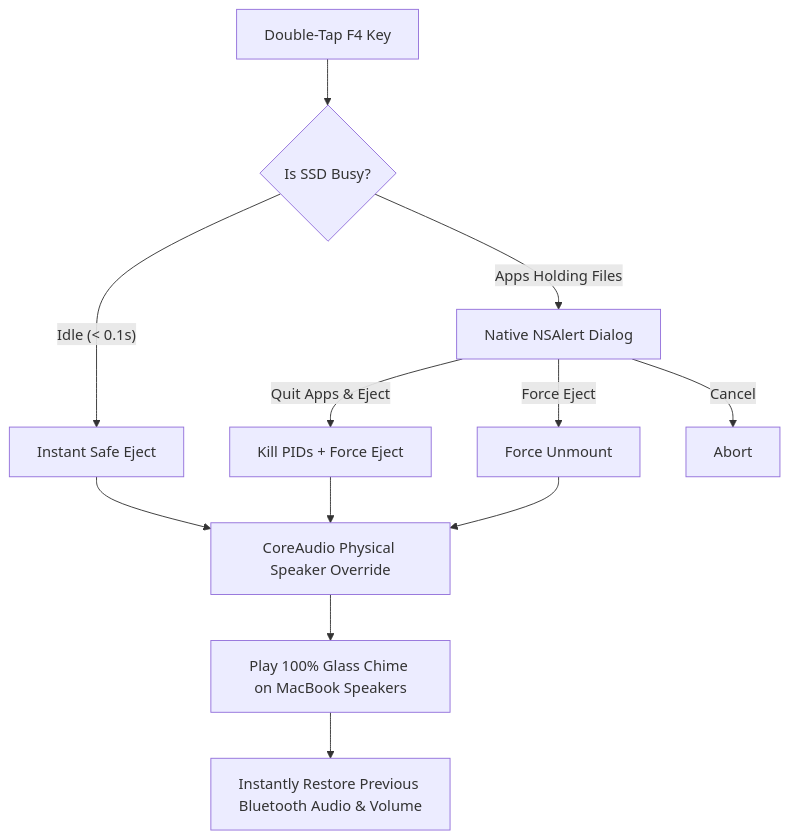
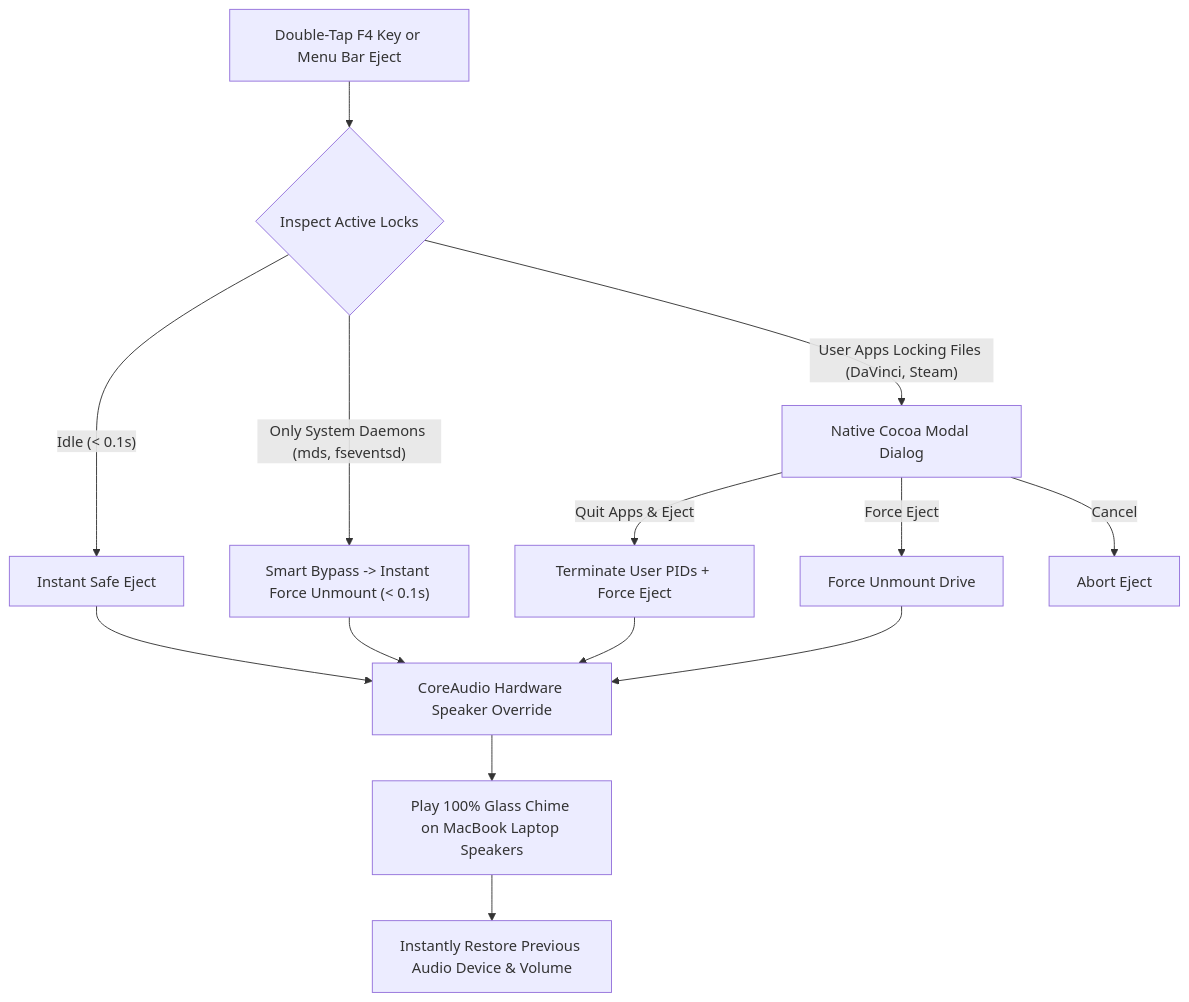
The diagram in README.md (VedantNarayan/SSDEjector), drawn with Mermaid before and after one commit. The commit also changed other lines of this file and 1 other file, not shown here.

Commit message:
docs: comprehensive README update with live menu bar preview and 3-tier storage guide (v7.6.0)

````diff
--- a/README.md
+++ b/README.md
@@ -37,14 +44,16 @@
 ```mermaid
 graph TD
-    A["Double-Tap F4 Key"] --> B{"Is SSD Busy?"}
+    A["Double-Tap F4 Key or Menu Bar Eject"] --> B{"Inspect Active Locks"}
     B -->|"Idle (< 0.1s)"| C["Instant Safe Eject"]
-    B -->|"Apps Holding Files"| D["Native NSAlert Dialog"]
-    D -->|"Quit Apps & Eject"| E["Kill PIDs + Force Eject"]
-    D -->|"Force Eject"| F["Force Unmount"]
-    D -->|"Cancel"| G["Abort"]
-    C --> H["CoreAudio Physical Speaker Override"]
-    E --> H
-    F --> H
-    H --> I["Play 100% Glass Chime on MacBook Speakers"]
-    I --> J["Instantly Restore Previous Bluetooth Audio & Volume"]
+    B -->|"Only System Daemons (mds, fseventsd)"| D["Smart Bypass -> Instant Force Unmount (< 0.1s)"]
+    B -->|"User Apps Locking Files (DaVinci, Steam)"| E["Native Cocoa Modal Dialog"]
+    E -->|"Quit Apps & Eject"| F["Terminate User PIDs + Force Eject"]
+    E -->|"Force Eject"| G["Force Unmount Drive"]
+    E -->|"Cancel"| H["Abort Eject"]
+    C --> I["CoreAudio Hardware Speaker Override"]
+    D --> I
+    F --> I
+    G --> I
+    I --> J["Play 100% Glass Chime on MacBook Laptop Speakers"]
+    J --> K["Instantly Restore Previous Audio Device & Volume"]
 ```
````
